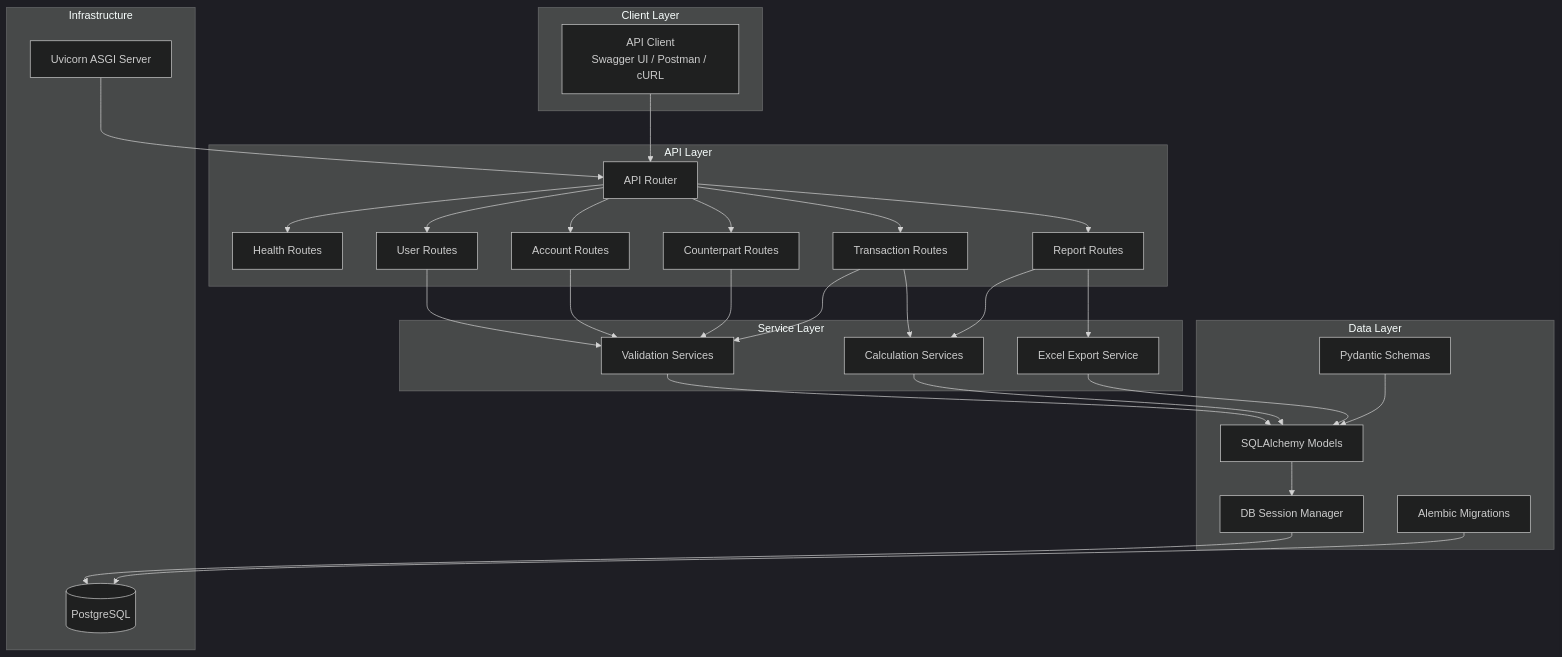
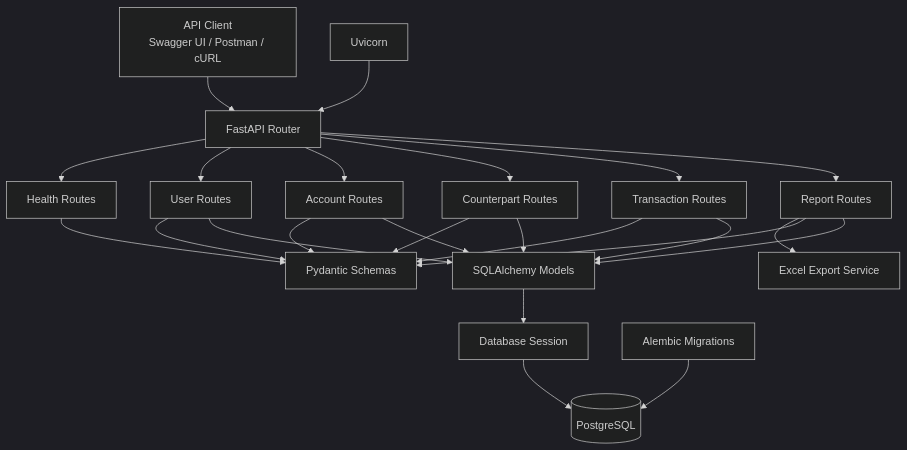
One commit to 0DhruvHere0/DualEntry changed the first of 4 diagrams in README.md. Above: the diagram before and after it, drawn with Mermaid (dark theme). The commit also changed other lines of this file, not shown here.

````diff
--- a/README.md
+++ b/README.md
@@ -24,62 +40,42 @@
 ```mermaid
 graph TB
-    subgraph "Client Layer"
-        CLIENT["API Client<br/>Swagger UI / Postman / cURL"]
-    end
-
-    subgraph "API Layer"
-        ROUTER["API Router"]
-        HEALTH["Health Routes"]
-        USER["User Routes"]
-        ACC["Account Routes"]
-        CP["Counterpart Routes"]
-        TXN["Transaction Routes"]
-        RPT["Report Routes"]
-    end
-
-    subgraph "Service Layer"
-        EXCEL["Excel Export Service"]
-        VALID["Validation Services"]
-        CALC["Calculation Services"]
-    end
-
-    subgraph "Data Layer"
-        MODELS["SQLAlchemy Models"]
-        SCHEMAS["Pydantic Schemas"]
-        SESSION["DB Session Manager"]
-        ALEMBIC["Alembic Migrations"]
-    end
-
-    subgraph "Infrastructure"
-        PG[("PostgreSQL")]
-        UVICORN["Uvicorn ASGI Server"]
-    end
+    CLIENT["API Client<br/>Swagger UI / Postman / cURL"]
+    ROUTER["FastAPI Router"]
+    HEALTH["Health Routes"]
+    USER["User Routes"]
+    ACC["Account Routes"]
+    CP["Counterpart Routes"]
+    TXN["Transaction Routes"]
+    RPT["Report Routes"]
+    EXCEL["Excel Export Service"]
+    SCHEMAS["Pydantic Schemas"]
+    MODELS["SQLAlchemy Models"]
+    SESSION["Database Session"]
+    ALEMBIC["Alembic Migrations"]
+    PG[("PostgreSQL")]
+    UVICORN["Uvicorn"]
 
     CLIENT --> ROUTER
-
     ROUTER --> HEALTH
     ROUTER --> USER
     ROUTER --> ACC
     ROUTER --> CP
     ROUTER --> TXN
     ROUTER --> RPT
-
-    USER --> VALID
-    ACC --> VALID
-    CP --> VALID
-    TXN --> VALID
-    TXN --> CALC
-    RPT --> CALC
     RPT --> EXCEL
-
-    VALID --> MODELS
-    CALC --> MODELS
-    EXCEL --> MODELS
-
+    HEALTH --> SCHEMAS
+    USER --> SCHEMAS
+    ACC --> SCHEMAS
+    CP --> SCHEMAS
+    TXN --> SCHEMAS
+    RPT --> SCHEMAS
+    USER --> MODELS
+    ACC --> MODELS
+    CP --> MODELS
+    TXN --> MODELS
+    RPT --> MODELS
     MODELS --> SESSION
-    SCHEMAS --> MODELS
     SESSION --> PG
     ALEMBIC --> PG
-
     UVICORN --> ROUTER
 ```
````
